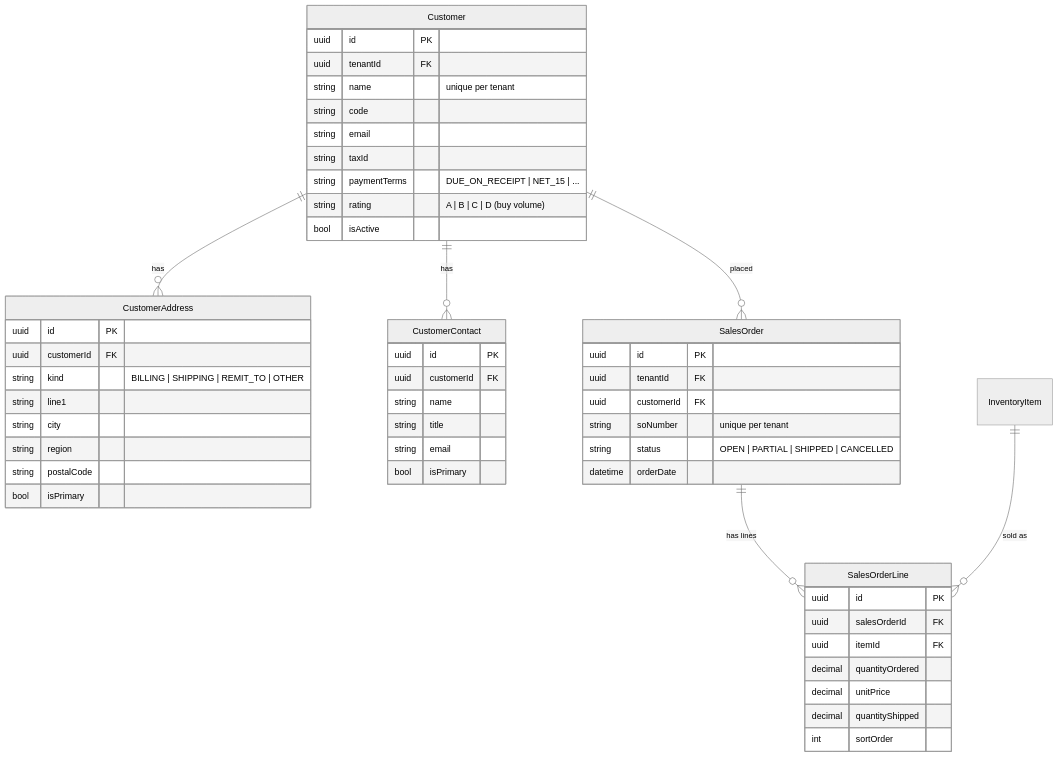
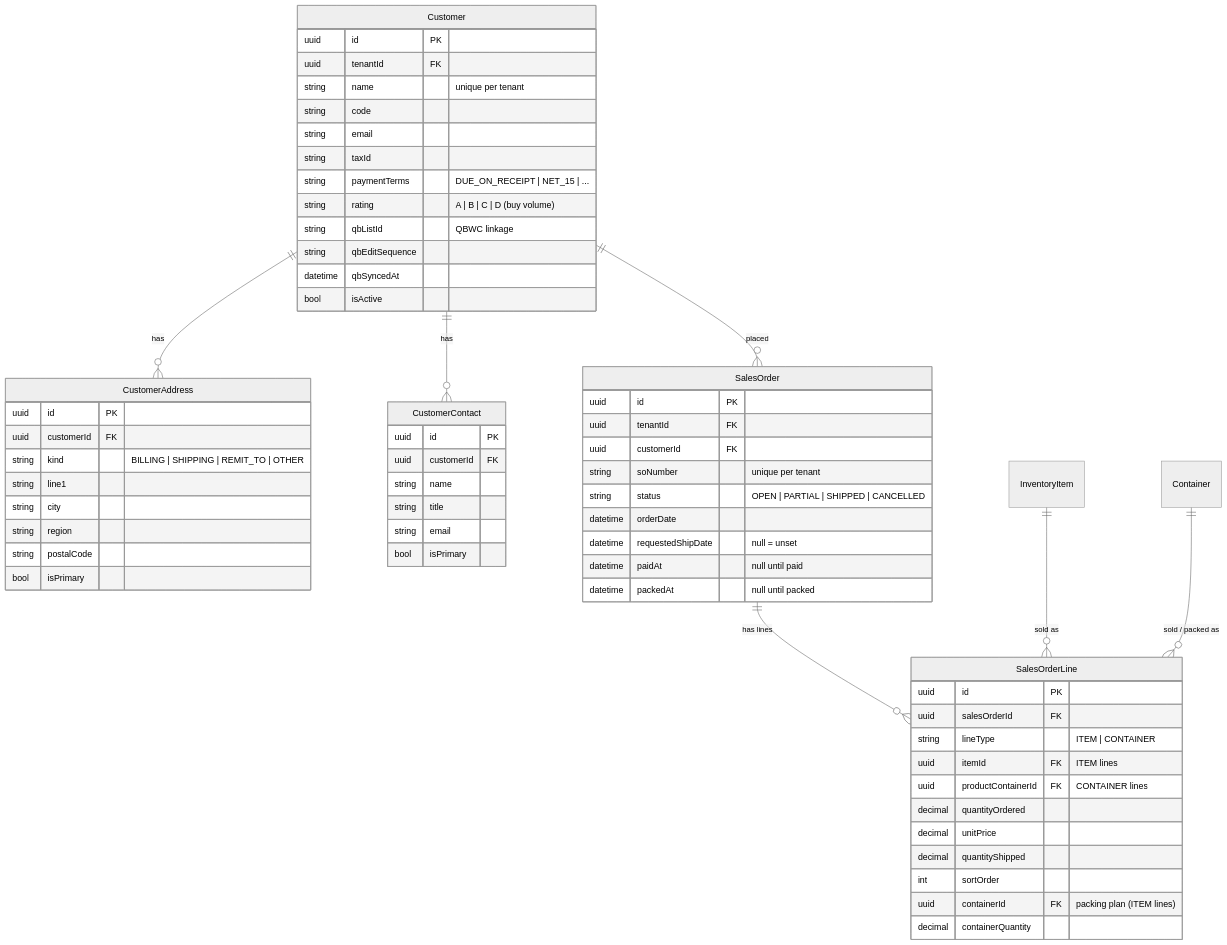
The seventh of 13 diagrams in src/schemas.md (afi-spencerd/RSM), drawn with Mermaid (neutral theme) before and after one commit. The commit also changed other lines of this file and 1 other file, not shown here.

First line of the commit message:
docs: sync FW3 schema + backlog with current fw3 project

````diff
--- a/src/schemas.md
+++ b/src/schemas.md
@@ -382,55 +453,66 @@
 ```mermaid
 erDiagram
   Customer ||--o{ CustomerAddress : "has"
   Customer ||--o{ CustomerContact : "has"
   Customer ||--o{ SalesOrder : "placed"
   SalesOrder ||--o{ SalesOrderLine : "has lines"
   InventoryItem ||--o{ SalesOrderLine : "sold as"
+  Container ||--o{ SalesOrderLine : "sold / packed as"
 
   Customer {
     uuid id PK
     uuid tenantId FK
     string name "unique per tenant"
     string code
     string email
     string taxId
     string paymentTerms "DUE_ON_RECEIPT | NET_15 | ..."
     string rating "A | B | C | D (buy volume)"
+    string qbListId "QBWC linkage"
+    string qbEditSequence
+    datetime qbSyncedAt
     bool isActive
   }
   CustomerAddress {
     uuid id PK
     uuid customerId FK
     string kind "BILLING | SHIPPING | REMIT_TO | OTHER"
     string line1
     string city
     string region
     string postalCode
     bool isPrimary
   }
   CustomerContact {
     uuid id PK
     uuid customerId FK
     string name
     string title
     string email
     bool isPrimary
   }
   SalesOrder {
     uuid id PK
     uuid tenantId FK
     uuid customerId FK
     string soNumber "unique per tenant"
     string status "OPEN | PARTIAL | SHIPPED | CANCELLED"
     datetime orderDate
+    datetime requestedShipDate "null = unset"
+    datetime paidAt "null until paid"
+    datetime packedAt "null until packed"
   }
   SalesOrderLine {
     uuid id PK
     uuid salesOrderId FK
-    uuid itemId FK
+    string lineType "ITEM | CONTAINER"
+    uuid itemId FK "ITEM lines"
+    uuid productContainerId FK "CONTAINER lines"
     decimal quantityOrdered
     decimal unitPrice
     decimal quantityShipped
     int sortOrder
+    uuid containerId FK "packing plan (ITEM lines)"
+    decimal containerQuantity
   }
 ```
````
